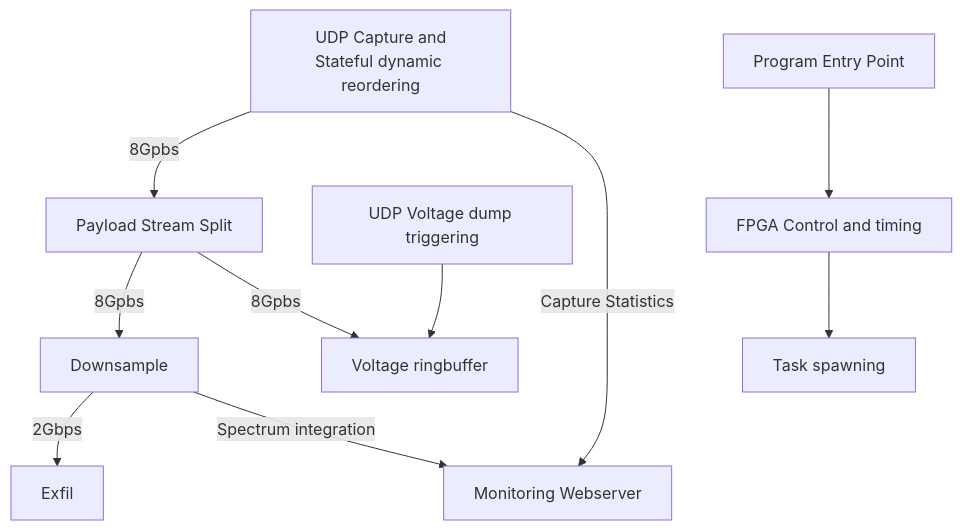
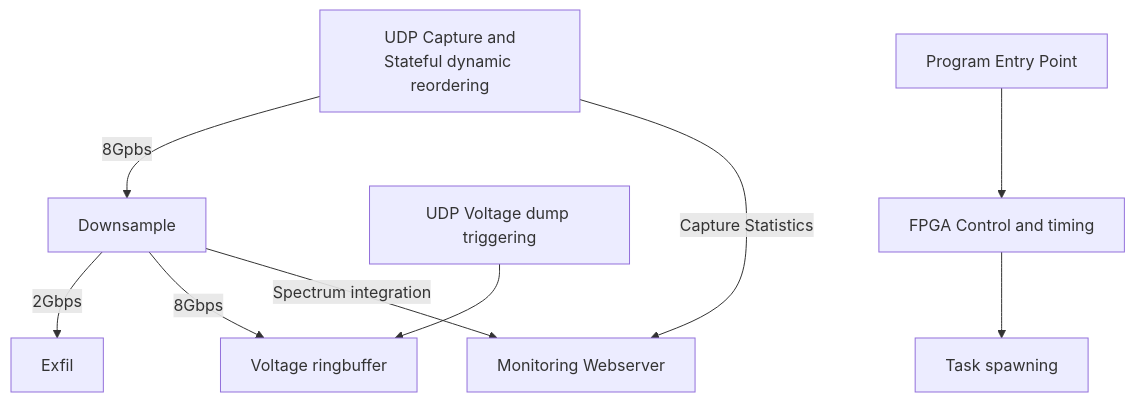
One commit to gemmahuai/GReX-T0 changed the diagram in README.md. Above: the diagram before and after it, drawn with Mermaid.

````diff
--- a/README.md
+++ b/README.md
@@ -11,14 +11,14 @@
 ```mermaid
 graph TD
-    A[UDP Capture and\nStateful dynamic reordering] -->|8Gpbs| C[Payload Stream Split]
-    C -->|8Gpbs| D[Downsample]
-    C -->|8Gpbs| E[Voltage ringbuffer]
+    A[UDP Capture and\nStateful dynamic reordering]
+    A -->|8Gpbs| D[Downsample]
     D -->|2Gbps| F[Exfil]
+    D -->|8Gbps| E[Voltage ringbuffer]
     G[UDP Voltage dump triggering] --> E
 
     A -->|Capture Statistics| K[Monitoring Webserver]
     D -->|Spectrum integration| K
 
     H[Program Entry Point] --> I[FPGA Control and timing]
     I --> J[Task spawning]
 ```
````
